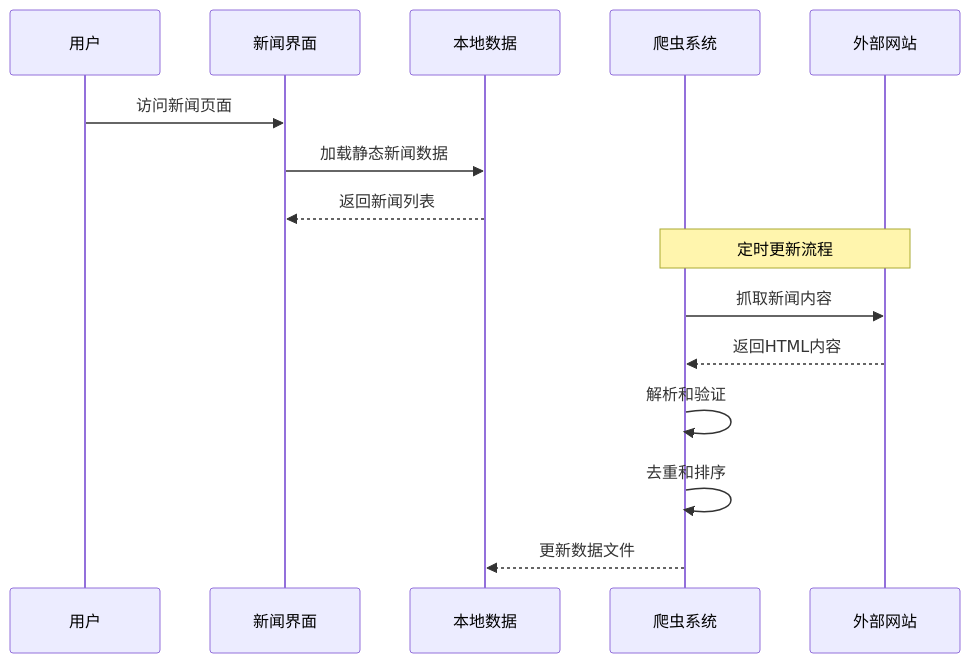
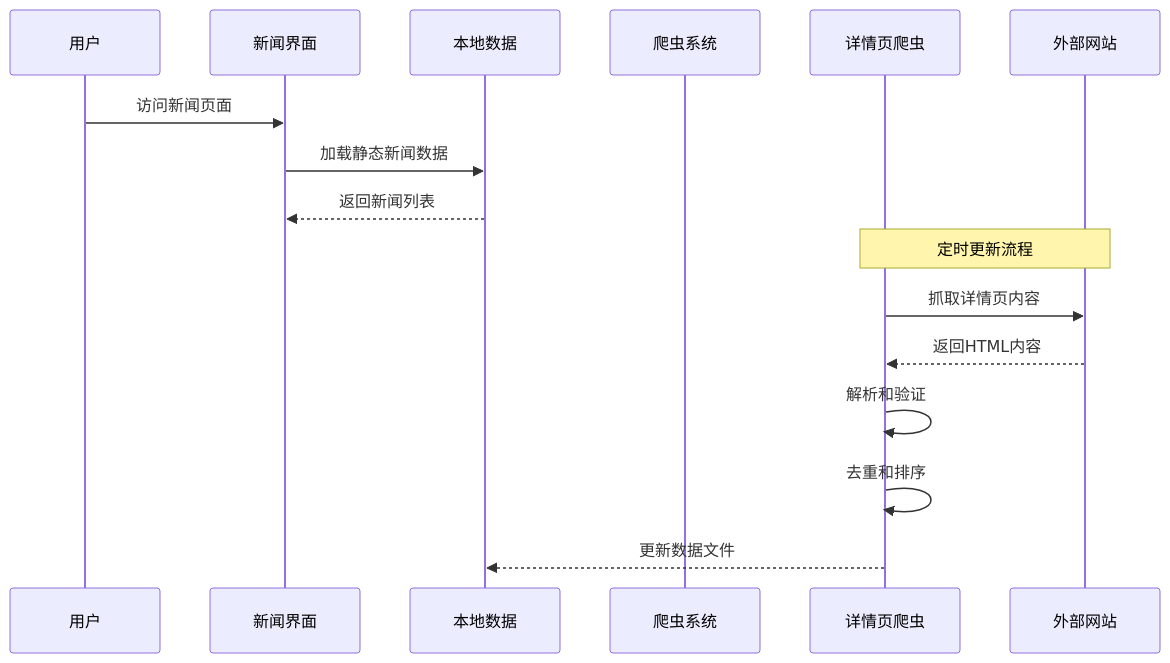
One commit to liangxuanliang-cmd/carbon-info-agent changed the third of 16 diagrams in .qoder/repowiki/zh/content/数据管理/新闻数据管理/增强的新闻数据管理.md. Above: the diagram before and after it, drawn with Mermaid. The commit also changed other lines of this file and 5 other files, not shown here.

````diff
--- a/.qoder/repowiki/zh/content/数据管理/新闻数据管理/增强的新闻数据管理.md
+++ b/.qoder/repowiki/zh/content/数据管理/新闻数据管理/增强的新闻数据管理.md
@@ -141,17 +186,18 @@
 ```mermaid
 sequenceDiagram
 participant User as 用户
 participant UI as 新闻界面
 participant LocalData as 本地数据
 participant Crawler as 爬虫系统
+participant DetailCrawler as 详情页爬虫
 participant External as 外部网站
 User->>UI : 访问新闻页面
 UI->>LocalData : 加载静态新闻数据
 LocalData-->>UI : 返回新闻列表
-Note over Crawler,External : 定时更新流程
-Crawler->>External : 抓取新闻内容
-External-->>Crawler : 返回HTML内容
-Crawler->>Crawler : 解析和验证
-Crawler->>Crawler : 去重和排序
-Crawler-->>LocalData : 更新数据文件
+Note over DetailCrawler,External : 定时更新流程
+DetailCrawler->>External : 抓取详情页内容
+External-->>DetailCrawler : 返回HTML内容
+DetailCrawler->>DetailCrawler : 解析和验证
+DetailCrawler->>DetailCrawler : 去重和排序
+DetailCrawler-->>LocalData : 更新数据文件
 ```
````
